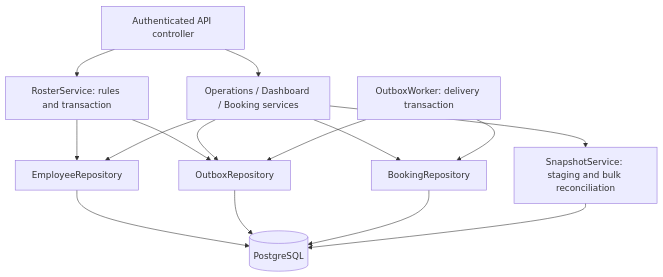
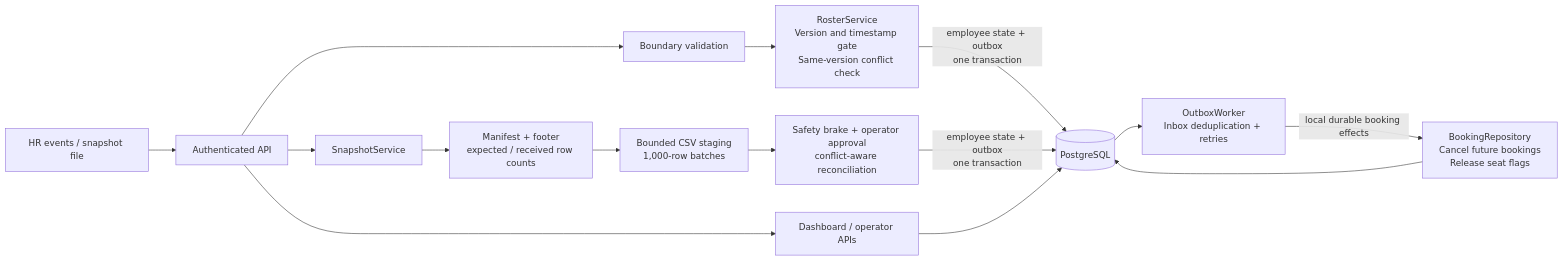
Before and after one commit to Ayush-Vish/HR_Roster_Sync: the diagram in README.md, drawn with Mermaid. The commit also changed other lines of this file and 14 other files, not shown here.

Commit message:
Validate snapshot completeness and source conflicts

````diff
--- a/README.md
+++ b/README.md
@@ -198,17 +202,17 @@
 ```mermaid
-flowchart TD
-    API[Authenticated API controller] --> Service[RosterService: rules and transaction]
-    API --> Operations[Operations / Dashboard / Booking services]
-    Service --> Employees[EmployeeRepository]
-    Service --> Outbox[OutboxRepository]
-    Operations --> Employees
-    Operations --> Outbox
-    Operations --> Bookings[BookingRepository]
-    Employees --> DB[(PostgreSQL)]
-    Outbox --> DB
-    Worker[OutboxWorker: delivery transaction] --> Outbox
-    Worker --> Bookings
+flowchart LR
+    HR[HR events / snapshot file] --> API[Authenticated API]
+    API --> Validate[Boundary validation]
+    Validate --> Live[RosterService\nVersion and timestamp gate\nSame-version conflict check]
+    Live -->|employee state + outbox\none transaction| DB[(PostgreSQL)]
+    API --> Snapshot[SnapshotService]
+    Snapshot --> Envelope[Manifest + footer\nexpected / received row counts]
+    Envelope --> Stage[Bounded CSV staging\n1,000-row batches]
+    Stage --> Reconcile[Safety brake + operator approval\nconflict-aware reconciliation]
+    Reconcile -->|employee state + outbox\none transaction| DB
+    DB --> Worker[OutboxWorker\nInbox deduplication + retries]
+    Worker -->|local durable booking effects| Bookings[BookingRepository\nCancel future bookings\nRelease seat flags]
     Bookings --> DB
-    Operations --> Snapshot[SnapshotService: staging and bulk reconciliation]
-    Snapshot --> DB
+    API --> Dashboard[Dashboard / operator APIs]
+    Dashboard --> DB
 ```
````
